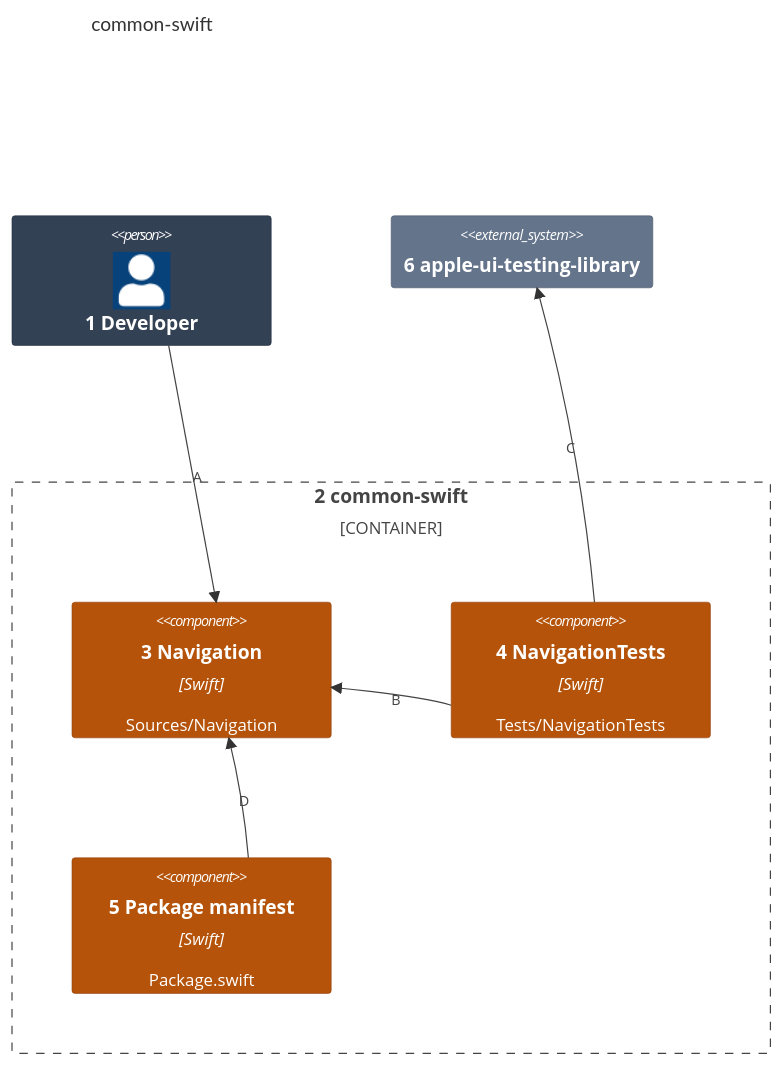
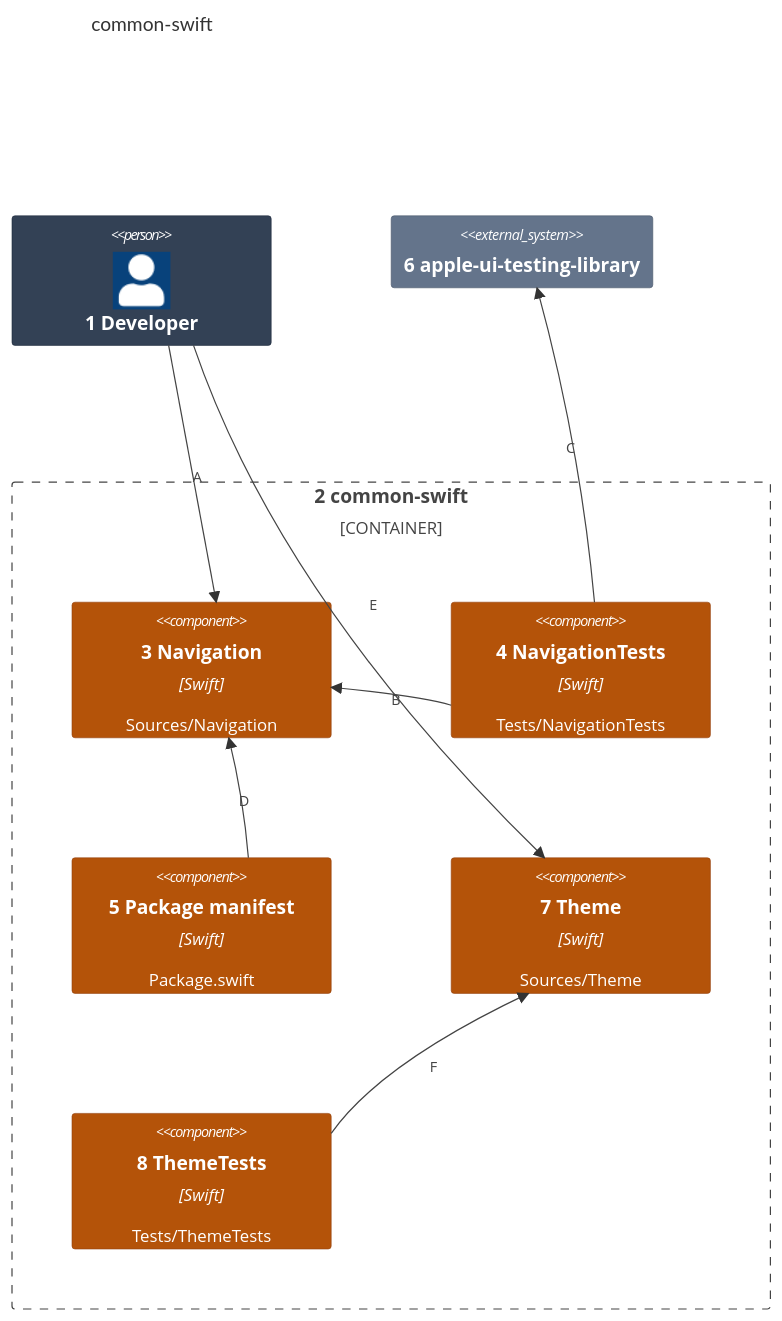
The first of 2 diagrams in docs/architecture/03-components.md (may-journal/common-swift), drawn with Mermaid before and after one commit. The commit also changed other lines of this file and 15 other files, not shown here.

````diff
--- a/docs/architecture/03-components.md
+++ b/docs/architecture/03-components.md
@@ -5,25 +5,31 @@
 ```mermaid
 C4Component
     title common-swift
 
     Person(developer, "1 Developer")
 
     Container_Boundary(repo, "2 common-swift") {
         Component(navigation, "3 Navigation", "Swift", "Sources/Navigation")
         Component(tests, "4 NavigationTests", "Swift", "Tests/NavigationTests")
         Component(manifest, "5 Package manifest", "Swift", "Package.swift")
+        Component(theme, "7 Theme", "Swift", "Sources/Theme")
+        Component(themeTests, "8 ThemeTests", "Swift", "Tests/ThemeTests")
     }
 
     System_Ext(library, "6 apple-ui-testing-library")
 
     Rel(developer, navigation, "A")
     Rel(tests, navigation, "B")
     Rel(tests, library, "C")
     Rel(manifest, navigation, "D")
+    Rel(developer, theme, "E")
+    Rel(themeTests, theme, "F")
 
     UpdateElementStyle(developer, $bgColor="#334155", $borderColor="#1e293b", $fontColor="#ffffff")
     UpdateElementStyle(navigation, $bgColor="#b45309", $borderColor="#92400e", $fontColor="#ffffff")
     UpdateElementStyle(tests, $bgColor="#b45309", $borderColor="#92400e", $fontColor="#ffffff")
     UpdateElementStyle(manifest, $bgColor="#b45309", $borderColor="#92400e", $fontColor="#ffffff")
+    UpdateElementStyle(theme, $bgColor="#b45309", $borderColor="#92400e", $fontColor="#ffffff")
+    UpdateElementStyle(themeTests, $bgColor="#b45309", $borderColor="#92400e", $fontColor="#ffffff")
     UpdateElementStyle(library, $bgColor="#64748b", $borderColor="#475569", $fontColor="#ffffff")
 ```
````
